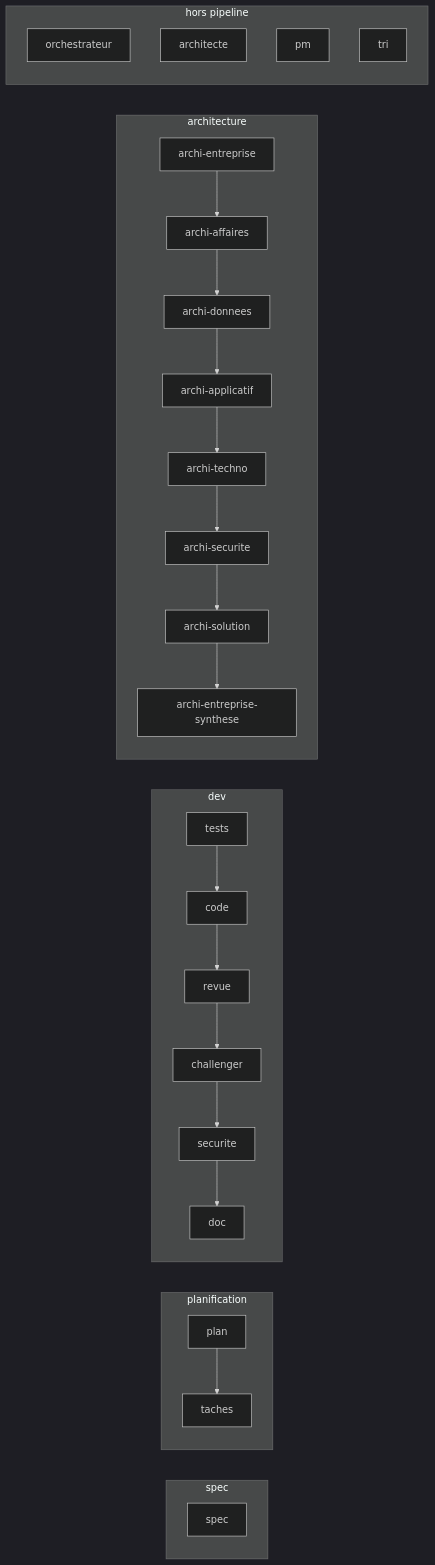
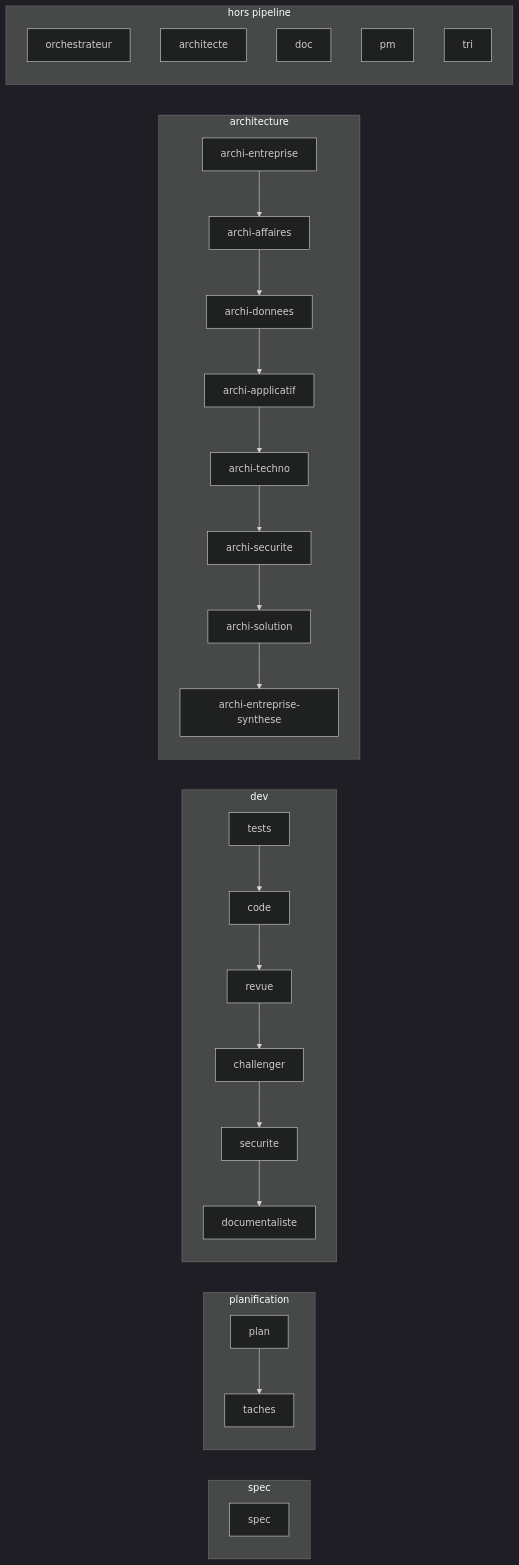
Before and after one commit to nicolaslallier/AI: the diagram in README.md, drawn with Mermaid (dark theme). The commit also changed other lines of this file and 15 other files, not shown here.

````diff
--- a/README.md
+++ b/README.md
@@ -41,47 +43,48 @@
 ```mermaid
 flowchart LR
   subgraph g0["spec"]
     g0_spec["spec"]
   end
   subgraph g1["planification"]
     g1_plan["plan"]
     g1_taches["taches"]
     g1_plan --> g1_taches
   end
   subgraph g2["dev"]
     g2_tests["tests"]
     g2_code["code"]
     g2_revue["revue"]
     g2_challenger["challenger"]
     g2_securite["securite"]
-    g2_doc["doc"]
+    g2_documentaliste["documentaliste"]
     g2_tests --> g2_code
     g2_code --> g2_revue
     g2_revue --> g2_challenger
     g2_challenger --> g2_securite
-    g2_securite --> g2_doc
+    g2_securite --> g2_documentaliste
   end
   subgraph g3["architecture"]
     g3_archi_entreprise["archi-entreprise"]
     g3_archi_affaires["archi-affaires"]
     g3_archi_donnees["archi-donnees"]
     g3_archi_applicatif["archi-applicatif"]
     g3_archi_techno["archi-techno"]
     g3_archi_securite["archi-securite"]
     g3_archi_solution["archi-solution"]
     g3_archi_entreprise_synthese["archi-entreprise-synthese"]
     g3_archi_entreprise --> g3_archi_affaires
     g3_archi_affaires --> g3_archi_donnees
     g3_archi_donnees --> g3_archi_applicatif
     g3_archi_applicatif --> g3_archi_techno
     g3_archi_techno --> g3_archi_securite
     g3_archi_securite --> g3_archi_solution
     g3_archi_solution --> g3_archi_entreprise_synthese
   end
   subgraph g4["hors pipeline"]
     g4_orchestrateur["orchestrateur"]
     g4_architecte["architecte"]
+    g4_doc["doc"]
     g4_pm["pm"]
     g4_tri["tri"]
   end
 ```
````
